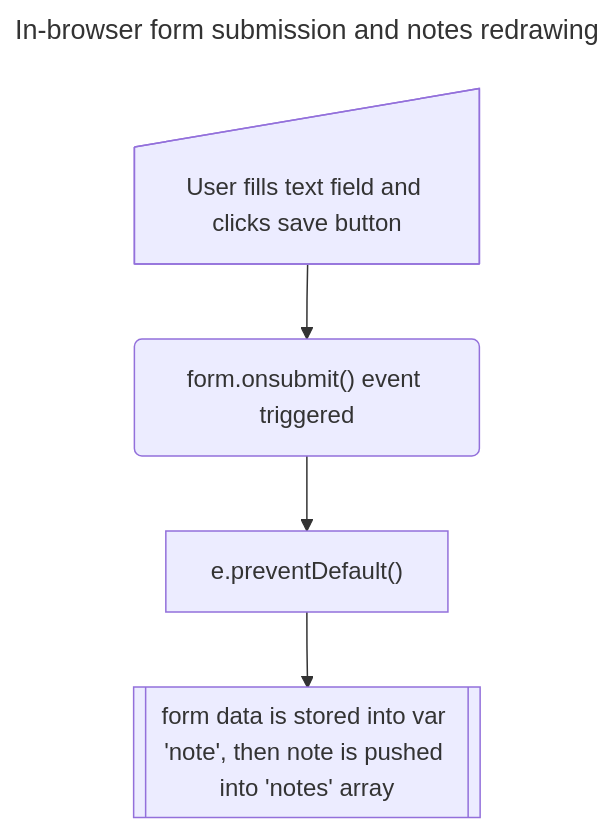
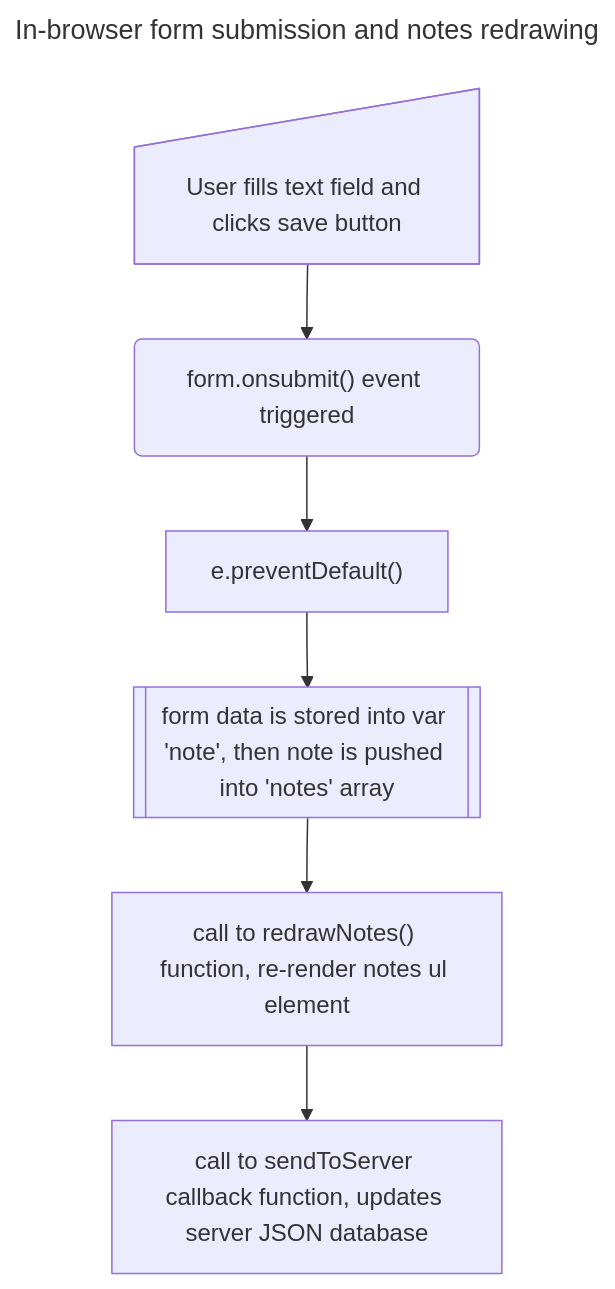
One commit to ProspektsMarch22/fullstackopen changed the diagram in part0/0_6/spa_new_note.md. Above: the diagram before and after it, drawn with Mermaid.

Commit message:
Finishes first version

````diff
--- a/part0/0_6/spa_new_note.md
+++ b/part0/0_6/spa_new_note.md
@@ -1,8 +1,8 @@
 ```mermaid
 ---
   title: In-browser form submission and notes redrawing
 ---
   flowchart TD
-    A@{ shape: manual-input, label: "User fills text field and clicks save button"} --> B@{ shape: rounded, label: "form.onsubmit() event triggered"} --> C@{ shape: rect, label: "e.preventDefault()"} --> D@{ shape: fr-rect, label: "form data is stored into var 'note', then note is pushed into 'notes' array" }
+    A@{ shape: manual-input, label: "User fills text field and clicks save button"} --> B@{ shape: rounded, label: "form.onsubmit() event triggered"} --> C@{ shape: rect, label: "e.preventDefault()"} --> D@{ shape: fr-rect, label: "form data is stored into var 'note', then note is pushed into 'notes' array" } --> E@{ shape: rect, label: "call to redrawNotes() function, re-render notes ul element"} --> F@{ shape: rect, label: "call to sendToServer callback function, updates server JSON database"}
 
 ```
````
